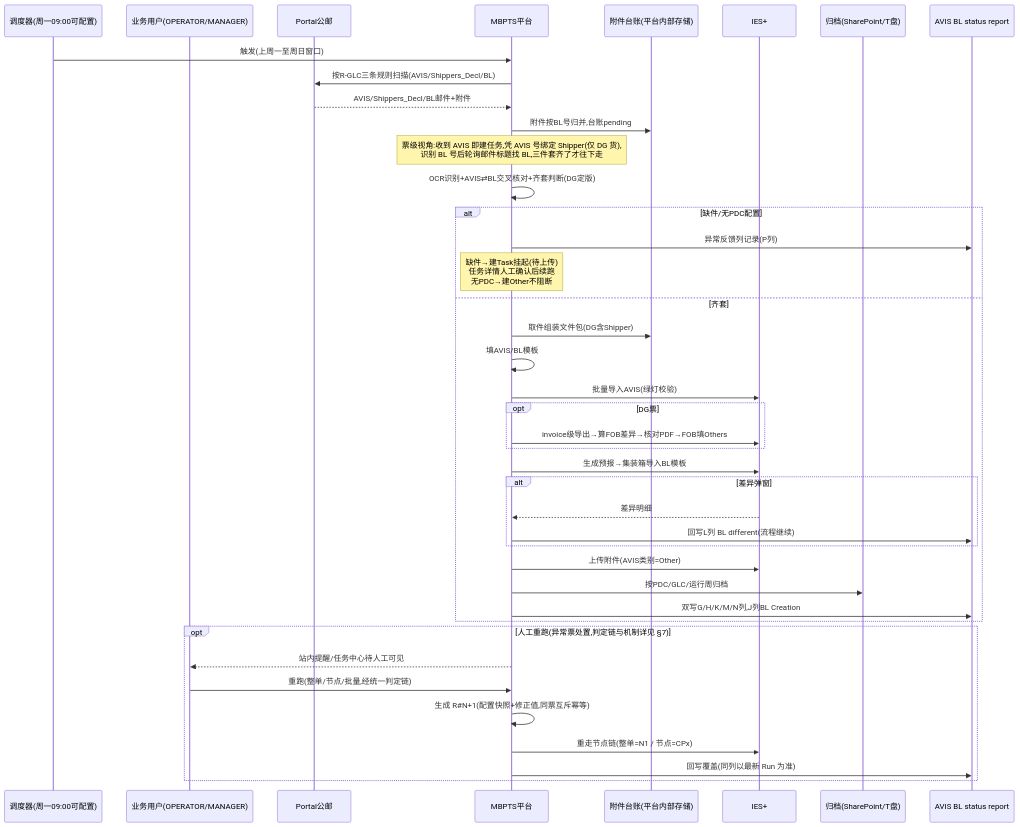
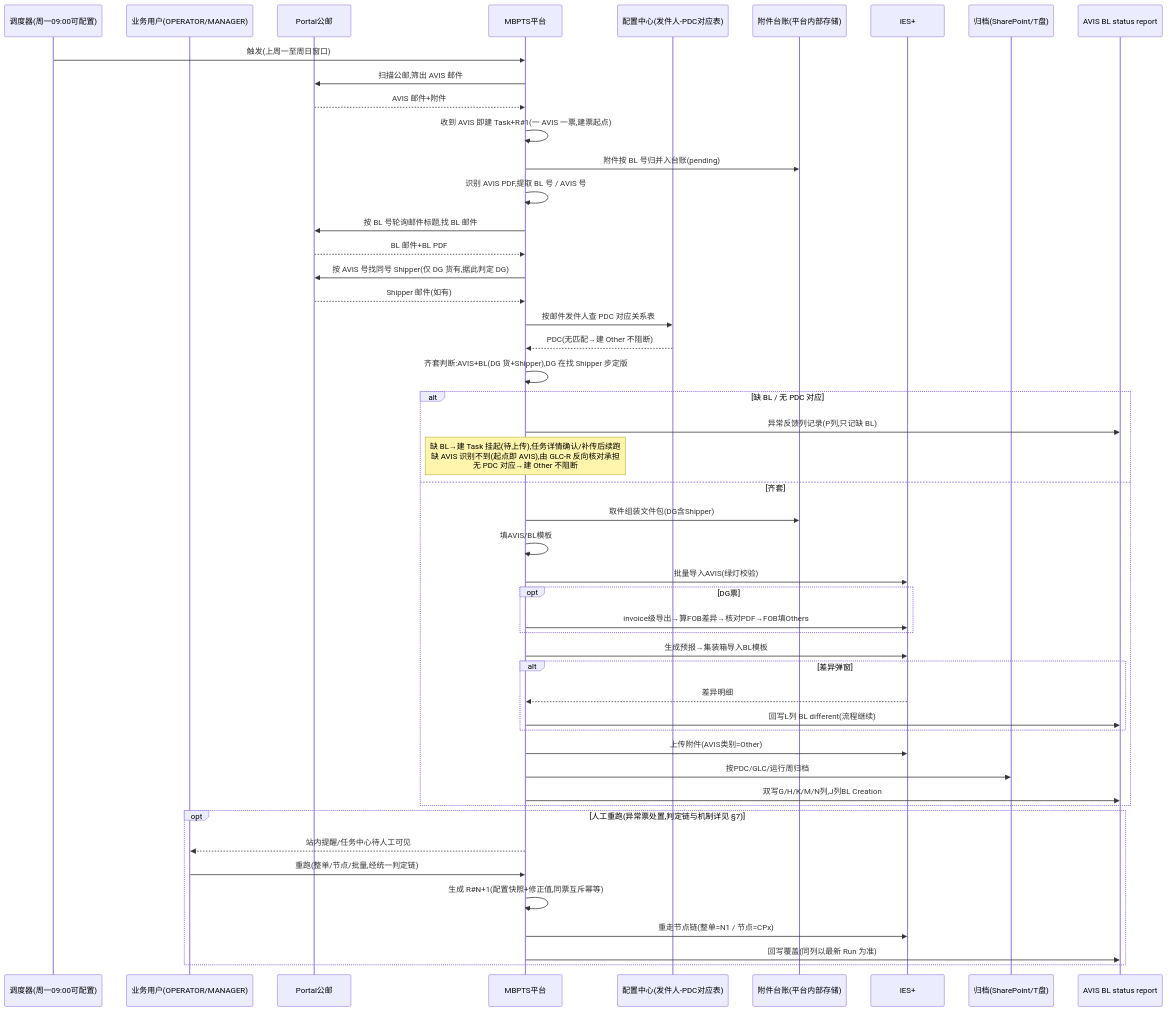
One commit to Mint-lxy/MBPTS changed the second of 11 diagrams in docs/UC34_Case1-5_时序图汇总.md. Above: the diagram before and after it, drawn with Mermaid. The commit also changed other lines of this file and 401 other files, not shown here.

````diff
--- a/docs/UC34_Case1-5_时序图汇总.md
+++ b/docs/UC34_Case1-5_时序图汇总.md
@@ -118,44 +119,52 @@
 ```mermaid
 sequenceDiagram
     participant SCH as 调度器(周一09:00可配置)
     participant U as 业务用户(OPERATOR/MANAGER)
     participant MB as Portal公邮
     participant PF as MBPTS平台
+    participant CFG as 配置中心(发件人-PDC对应表)
     participant ATT as 附件台账(平台内部存储)
     participant IES as IES+
     participant SP as 归档(SharePoint/T盘)
     participant RPT as AVIS BL status report
 
     SCH->>PF: 触发(上周一至周日窗口)
-    PF->>MB: 按R-GLC三条规则扫描(AVIS/Shippers_Decl/BL)
-    MB-->>PF: AVIS/Shippers_Decl/BL邮件+附件
-    PF->>ATT: 附件按BL号归并,台账pending
-    Note over PF: 票级视角:收到 AVIS 即建任务,凭 AVIS 号绑定 Shipper(仅 DG 货),<br/>识别 BL 号后轮询邮件标题找 BL,三件套齐了才往下走
-    PF->>PF: OCR识别+AVIS⇄BL交叉核对+齐套判断(DG定版)
-    alt 缺件/无PDC配置
-        PF->>RPT: 异常反馈列记录(P列)
-        Note over PF: 缺件→建Task挂起(待上传)<br/>任务详情人工确认后续跑<br/>无PDC→建Other不阻断
+    PF->>MB: 扫描公邮,筛出 AVIS 邮件
+    MB-->>PF: AVIS 邮件+附件
+    PF->>PF: 收到 AVIS 即建 Task+R#35;1(一 AVIS 一票,建票起点)
+    PF->>ATT: 附件按 BL 号归并入台账(pending)
+    PF->>PF: 识别 AVIS PDF,提取 BL 号 / AVIS 号
+    PF->>MB: 按 BL 号轮询邮件标题,找 BL 邮件
+    MB-->>PF: BL 邮件+BL PDF
+    PF->>MB: 按 AVIS 号找同号 Shipper(仅 DG 货有,据此判定 DG)
+    MB-->>PF: Shipper 邮件(如有)
+    PF->>CFG: 按邮件发件人查 PDC 对应关系表
+    CFG-->>PF: PDC(无匹配→建 Other 不阻断)
+    PF->>PF: 齐套判断:AVIS+BL(DG 货+Shipper),DG 在找 Shipper 步定版
+    alt 缺 BL / 无 PDC 对应
+        PF->>RPT: 异常反馈列记录(P列,只记缺 BL)
+        Note over PF: 缺 BL→建 Task 挂起(待上传),任务详情确认/补传后续跑<br/>缺 AVIS 识别不到(起点即 AVIS),由 GLC-R 反向核对承担<br/>无 PDC 对应→建 Other 不阻断
     else 齐套
         PF->>ATT: 取件组装文件包(DG含Shipper)
         PF->>PF: 填AVIS/BL模板
         PF->>IES: 批量导入AVIS(绿灯校验)
         opt DG票
             PF->>IES: invoice级导出→算FOB差异→核对PDF→FOB填Others
         end
         PF->>IES: 生成预报→集装箱导入BL模板
         alt 差异弹窗
             IES-->>PF: 差异明细
             PF->>RPT: 回写L列 BL different(流程继续)
         end
         PF->>IES: 上传附件(AVIS类别=Other)
         PF->>SP: 按PDC/GLC/运行周归档
         PF->>RPT: 双写G/H/K/M/N列,J列BL Creation
     end
     opt 人工重跑(异常票处置,判定链与机制详见 §7)
         PF-->>U: 站内提醒/任务中心待人工可见
         U->>PF: 重跑(整单/节点/批量,经统一判定链)
         PF->>PF: 生成 R#35;N+1(配置快照+修正值,同票互斥幂等)
         PF->>IES: 重走节点链(整单=N1 / 节点=CPx)
         PF->>RPT: 回写覆盖(同列以最新 Run 为准)
     end
 ```
````
